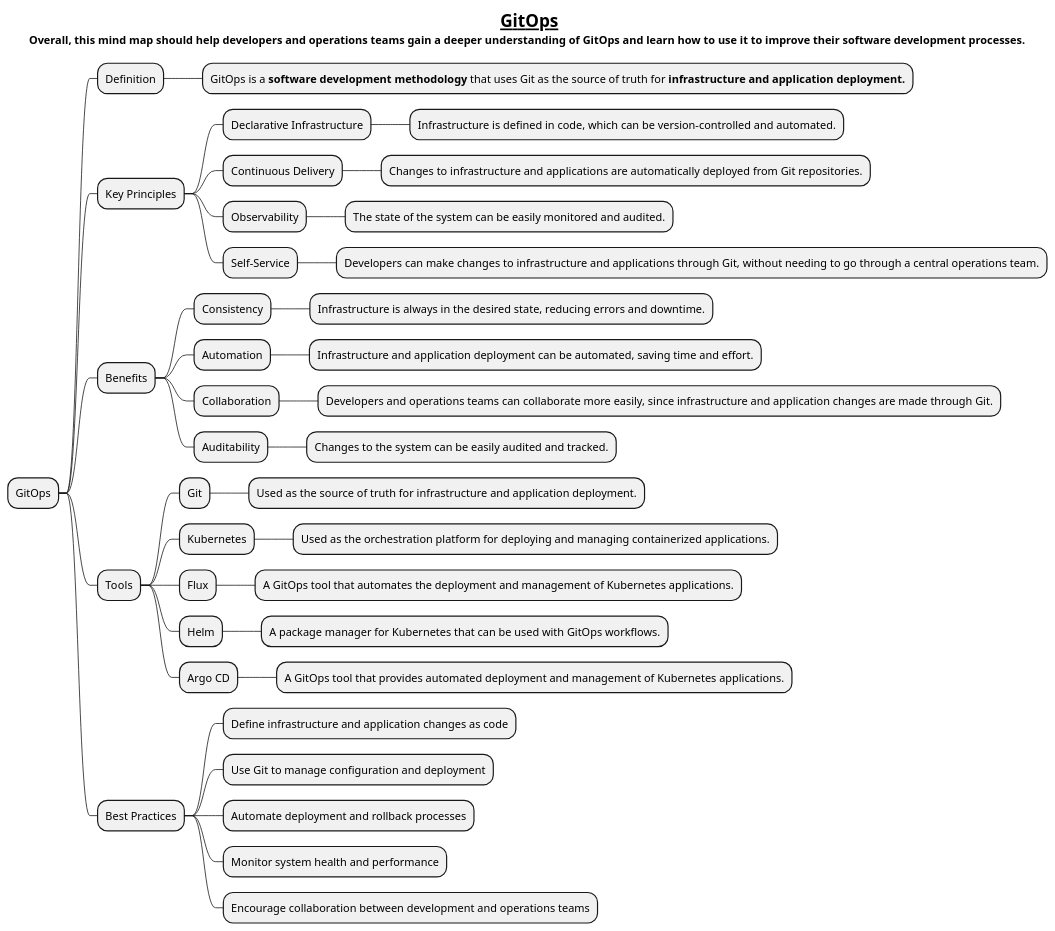
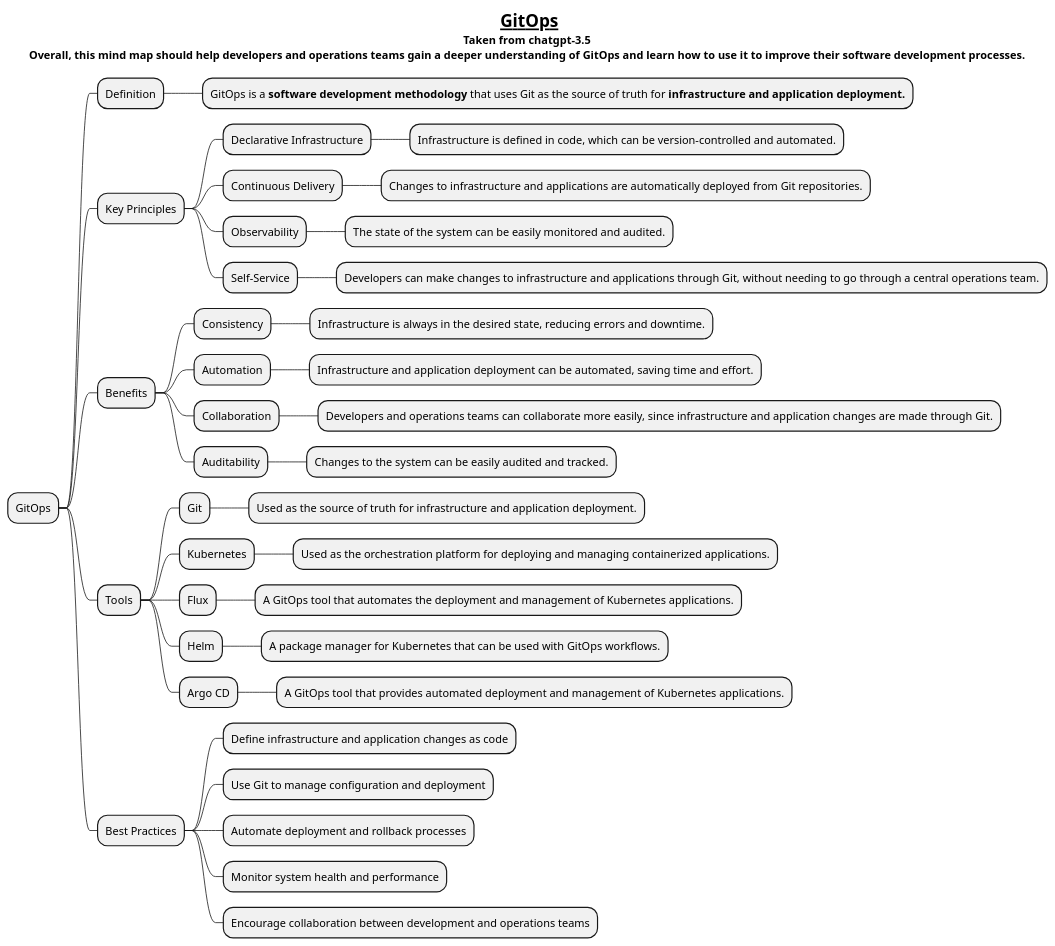
The diagram in docs/devops/GitOps.puml (MehmoodHashmi/Documentation-as-Code-DaC), drawn with PlantUML before and after one commit. The commit also changed 1 other file, not shown here.

Commit message:
updated GitOps.puml GitOps-1.puml file

```diff
--- a/docs/devops/GitOps.puml
+++ b/docs/devops/GitOps.puml
@@ -1,42 +1,42 @@
 @startmindmap
-title =__ GitOps__\nOverall, this mind map should help developers and operations teams gain a deeper understanding of GitOps and learn how to use it to improve their software development processes.
+title =__ GitOps__\nTaken from chatgpt-3.5\nOverall, this mind map should help developers and operations teams gain a deeper understanding of GitOps and learn how to use it to improve their software development processes.
 
 * GitOps
 ** Definition
 *** GitOps is a **software development methodology** that uses Git as the source of truth for **infrastructure and application deployment.**
 ** Key Principles
 *** Declarative Infrastructure
 **** Infrastructure is defined in code, which can be version-controlled and automated.
 *** Continuous Delivery
 **** Changes to infrastructure and applications are automatically deployed from Git repositories.
 *** Observability
 **** The state of the system can be easily monitored and audited.
 *** Self-Service
 **** Developers can make changes to infrastructure and applications through Git, without needing to go through a central operations team.
 ** Benefits
 *** Consistency
 **** Infrastructure is always in the desired state, reducing errors and downtime.
 *** Automation
 **** Infrastructure and application deployment can be automated, saving time and effort.
 *** Collaboration
 **** Developers and operations teams can collaborate more easily, since infrastructure and application changes are made through Git.
 *** Auditability
 **** Changes to the system can be easily audited and tracked.
 ** Tools
 *** Git
 **** Used as the source of truth for infrastructure and application deployment.
 *** Kubernetes
 **** Used as the orchestration platform for deploying and managing containerized applications.
 *** Flux
 **** A GitOps tool that automates the deployment and management of Kubernetes applications.
 *** Helm
 **** A package manager for Kubernetes that can be used with GitOps workflows.
 *** Argo CD
 **** A GitOps tool that provides automated deployment and management of Kubernetes applications.
 ** Best Practices
 *** Define infrastructure and application changes as code
 *** Use Git to manage configuration and deployment
 *** Automate deployment and rollback processes
 *** Monitor system health and performance
 *** Encourage collaboration between development and operations teams
 @endmindmap
```
